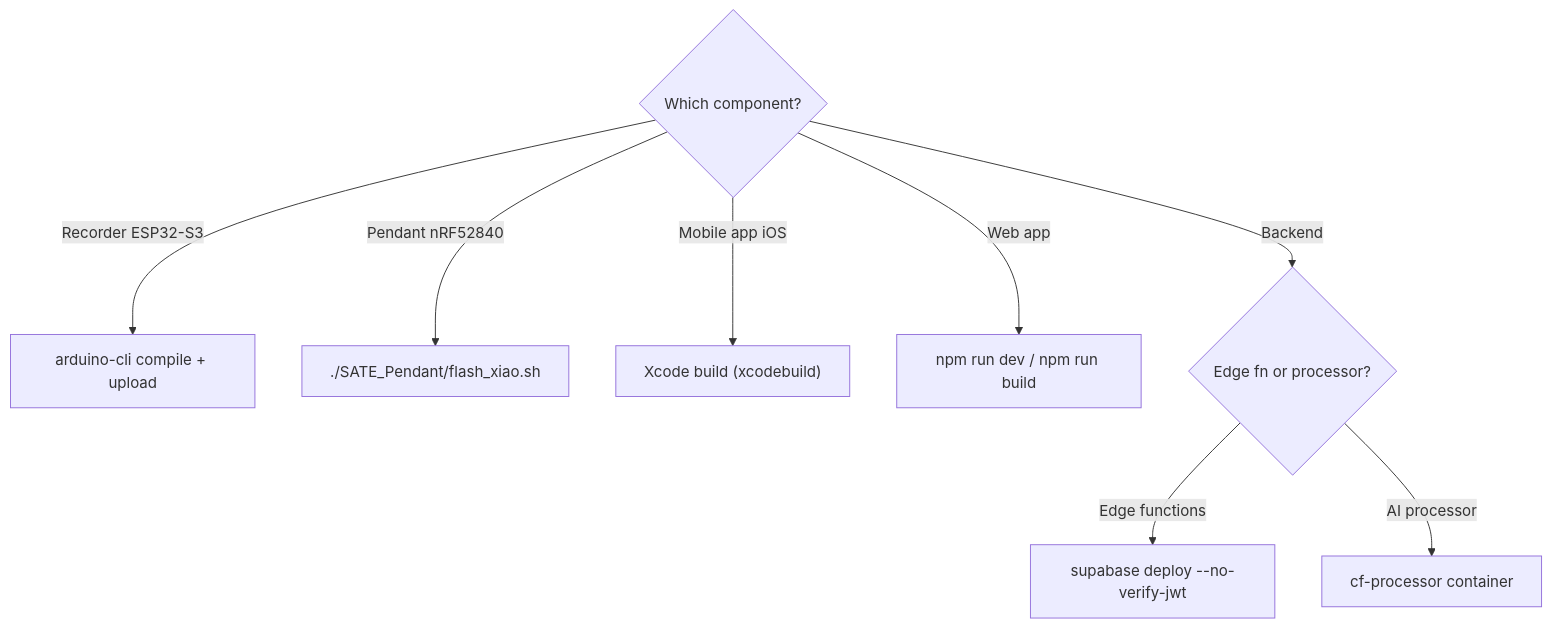
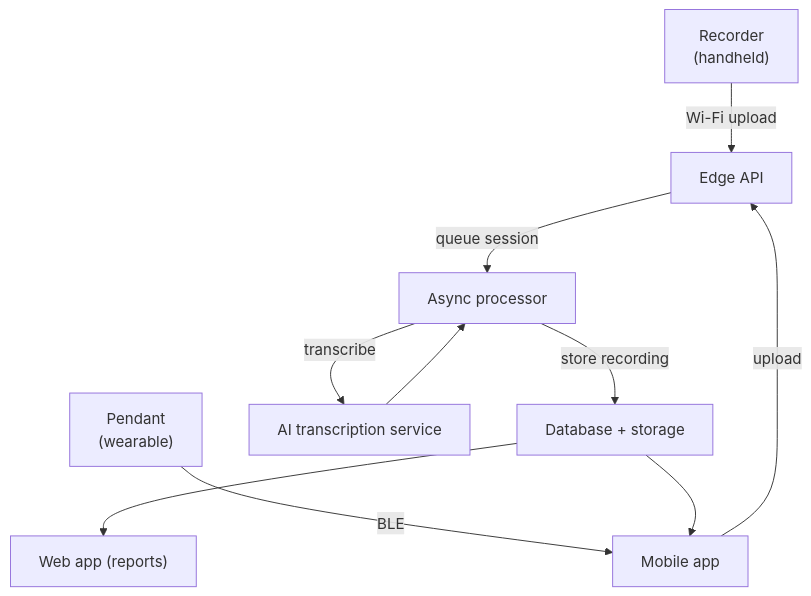
Before and after one commit to Longcao24/sate-companion: the first of 2 diagrams in docs-site/docs/getting-started.md, drawn with Mermaid. The commit also changed other lines of this file and 17 other files, not shown here.

First line of the commit message:
docs-site: generalize published docs + add system-overview diagram

````diff
--- a/docs-site/docs/getting-started.md
+++ b/docs-site/docs/getting-started.md
@@ -46,11 +44,12 @@
 ```mermaid
 flowchart TD
-    Q{"Which component?"}
-    Q -->|Recorder ESP32-S3| R["arduino-cli compile + upload"]
-    Q -->|Pendant nRF52840| P["./SATE_Pendant/flash_xiao.sh"]
-    Q -->|Mobile app iOS| M["Xcode build (xcodebuild)"]
-    Q -->|Web app| W["npm run dev / npm run build"]
-    Q -->|Backend| B{"Edge fn or processor?"}
-    B -->|Edge functions| BE["supabase deploy --no-verify-jwt"]
-    B -->|AI processor| BC["cf-processor container"]
+    REC["Recorder\n(handheld)"] -->|Wi-Fi upload| API["Edge API"]
+    PEN["Pendant\n(wearable)"] -->|BLE| APP["Mobile app"]
+    APP -->|upload| API
+    API -->|queue session| PROC["Async processor"]
+    PROC -->|transcribe| AI["AI transcription service"]
+    AI --> PROC
+    PROC -->|store recording| DB["Database + storage"]
+    DB --> WEB["Web app (reports)"]
+    DB --> APP
 ```
````
